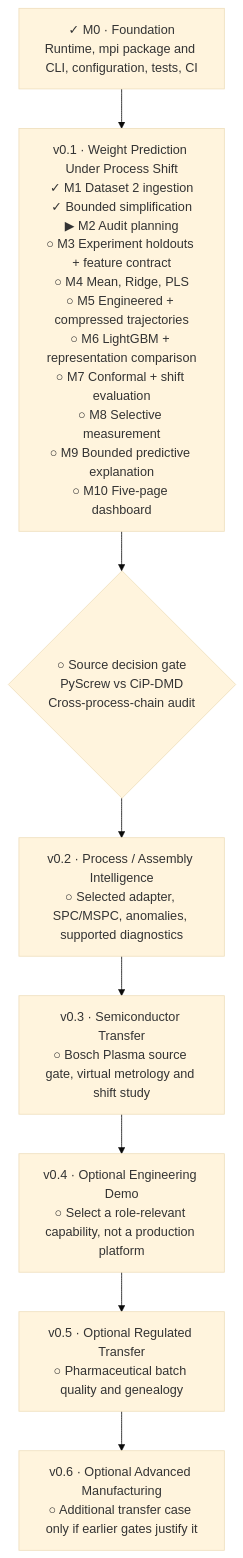
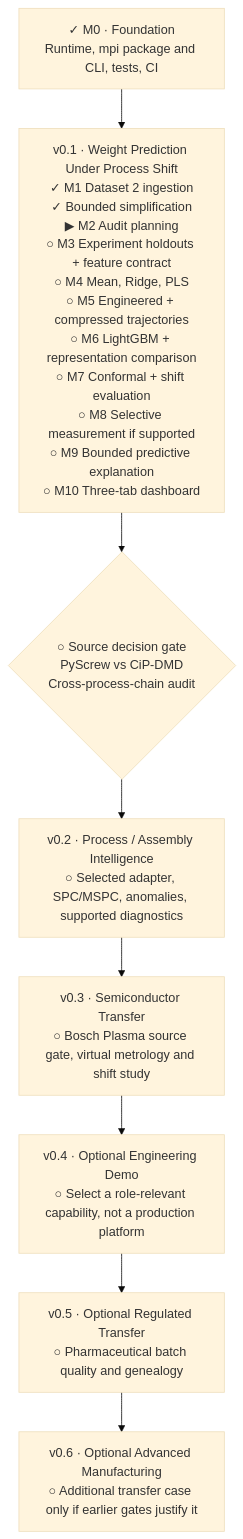
One commit to stevennitesh/manufacturing-process-intelligence changed the diagram in docs/implementation-roadmap.md. Above: the diagram before and after it, drawn with Mermaid (base theme). The commit also changed other lines of this file and 30 other files, not shown here.

````diff
--- a/docs/implementation-roadmap.md
+++ b/docs/implementation-roadmap.md
@@ -33,15 +33,15 @@
 ```mermaid
 flowchart TB
-    F["✓ M0 · Foundation<br/>Runtime, mpi package and CLI, configuration, tests, CI"]
+    F["✓ M0 · Foundation<br/>Runtime, mpi package and CLI, tests, CI"]
 
-    MVP["v0.1 · Weight Prediction Under Process Shift<br/>✓ M1 Dataset 2 ingestion<br/>✓ Bounded simplification<br/>▶ M2 Audit planning<br/>○ M3 Experiment holdouts + feature contract<br/>○ M4 Mean, Ridge, PLS<br/>○ M5 Engineered + compressed trajectories<br/>○ M6 LightGBM + representation comparison<br/>○ M7 Conformal + shift evaluation<br/>○ M8 Selective measurement<br/>○ M9 Bounded predictive explanation<br/>○ M10 Five-page dashboard"]
+    MVP["v0.1 · Weight Prediction Under Process Shift<br/>✓ M1 Dataset 2 ingestion<br/>✓ Bounded simplification<br/>▶ M2 Audit planning<br/>○ M3 Experiment holdouts + feature contract<br/>○ M4 Mean, Ridge, PLS<br/>○ M5 Engineered + compressed trajectories<br/>○ M6 LightGBM + representation comparison<br/>○ M7 Conformal + shift evaluation<br/>○ M8 Selective measurement if supported<br/>○ M9 Bounded predictive explanation<br/>○ M10 Three-tab dashboard"]
 
     AUDIT{"○ Source decision gate<br/>PyScrew vs CiP-DMD<br/>Cross-process-chain audit"}
     PI["v0.2 · Process / Assembly Intelligence<br/>○ Selected adapter, SPC/MSPC, anomalies, supported diagnostics"]
     SEMI["v0.3 · Semiconductor Transfer<br/>○ Bosch Plasma source gate, virtual metrology and shift study"]
     PROD["v0.4 · Optional Engineering Demo<br/>○ Select a role-relevant capability, not a production platform"]
     PHARMA["v0.5 · Optional Regulated Transfer<br/>○ Pharmaceutical batch quality and genealogy"]
     ADV["v0.6 · Optional Advanced Manufacturing<br/>○ Additional transfer case only if earlier gates justify it"]
 
     F --> MVP --> AUDIT --> PI --> SEMI --> PROD --> PHARMA --> ADV
 ```
````
